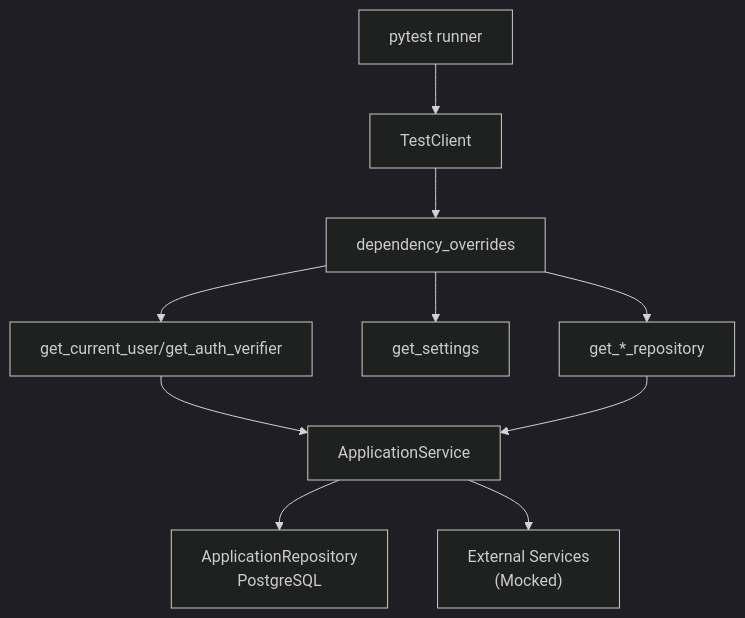
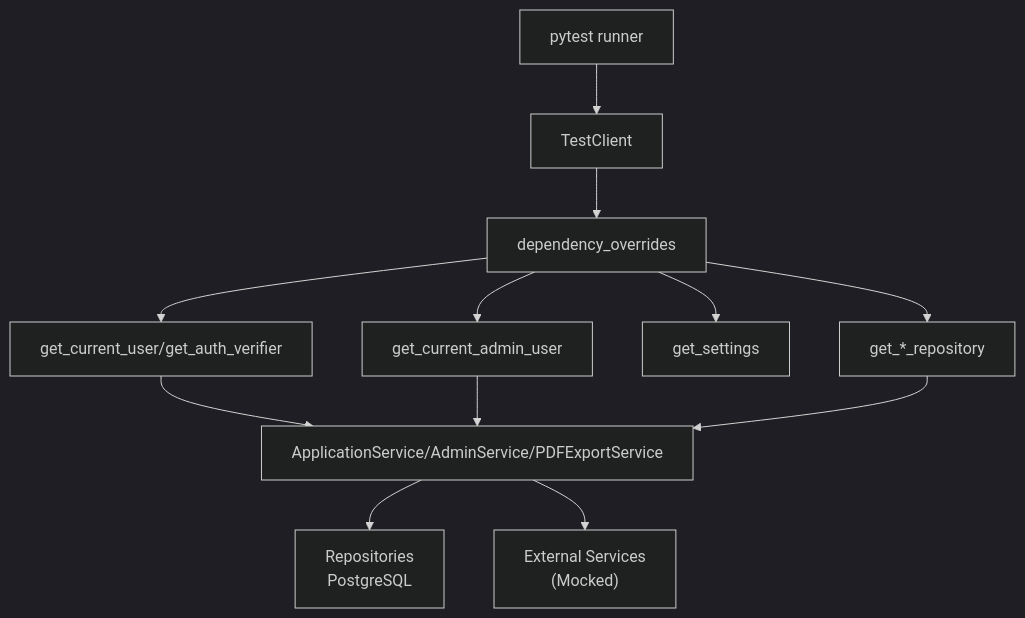
The second of 14 diagrams in .qoder/repowiki/en/content/Testing Strategy/Backend Testing.md (sankaL/resume-app), drawn with Mermaid (dark theme) before and after one commit. The commit also changed other lines of this file and 11 other files, not shown here.

````diff
--- a/.qoder/repowiki/en/content/Testing Strategy/Backend Testing.md
+++ b/.qoder/repowiki/en/content/Testing Strategy/Backend Testing.md
@@ -121,21 +177,24 @@
 ```mermaid
 graph TB
 Pytest["pytest runner"]
 TC["TestClient"]
 Overrides["dependency_overrides"]
 AuthDep["get_current_user/get_auth_verifier"]
+AdminDep["get_current_admin_user"]
 CfgDep["get_settings"]
 RepoDeps["get_*_repository"]
-ServiceLayer["ApplicationService"]
-DBLayer["ApplicationRepository<br/>PostgreSQL"]
+ServiceLayer["ApplicationService/AdminService/PDFExportService"]
+DBLayer["Repositories<br/>PostgreSQL"]
 ExtSvc["External Services<br/>(Mocked)"]
 Pytest --> TC
 TC --> Overrides
 Overrides --> AuthDep
+Overrides --> AdminDep
 Overrides --> CfgDep
 Overrides --> RepoDeps
 AuthDep --> ServiceLayer
+AdminDep --> ServiceLayer
 RepoDeps --> ServiceLayer
 ServiceLayer --> DBLayer
 ServiceLayer --> ExtSvc
 ```
````
